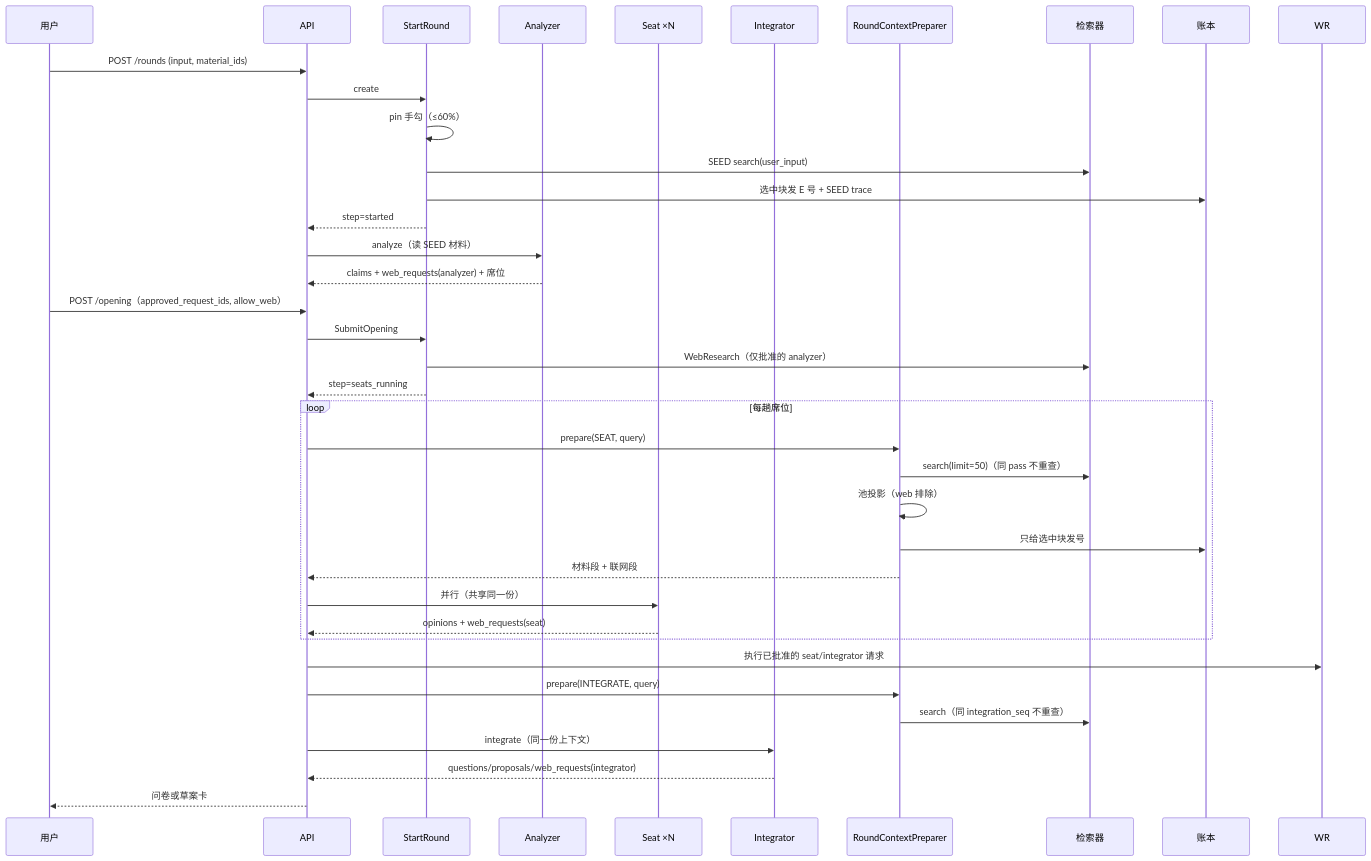
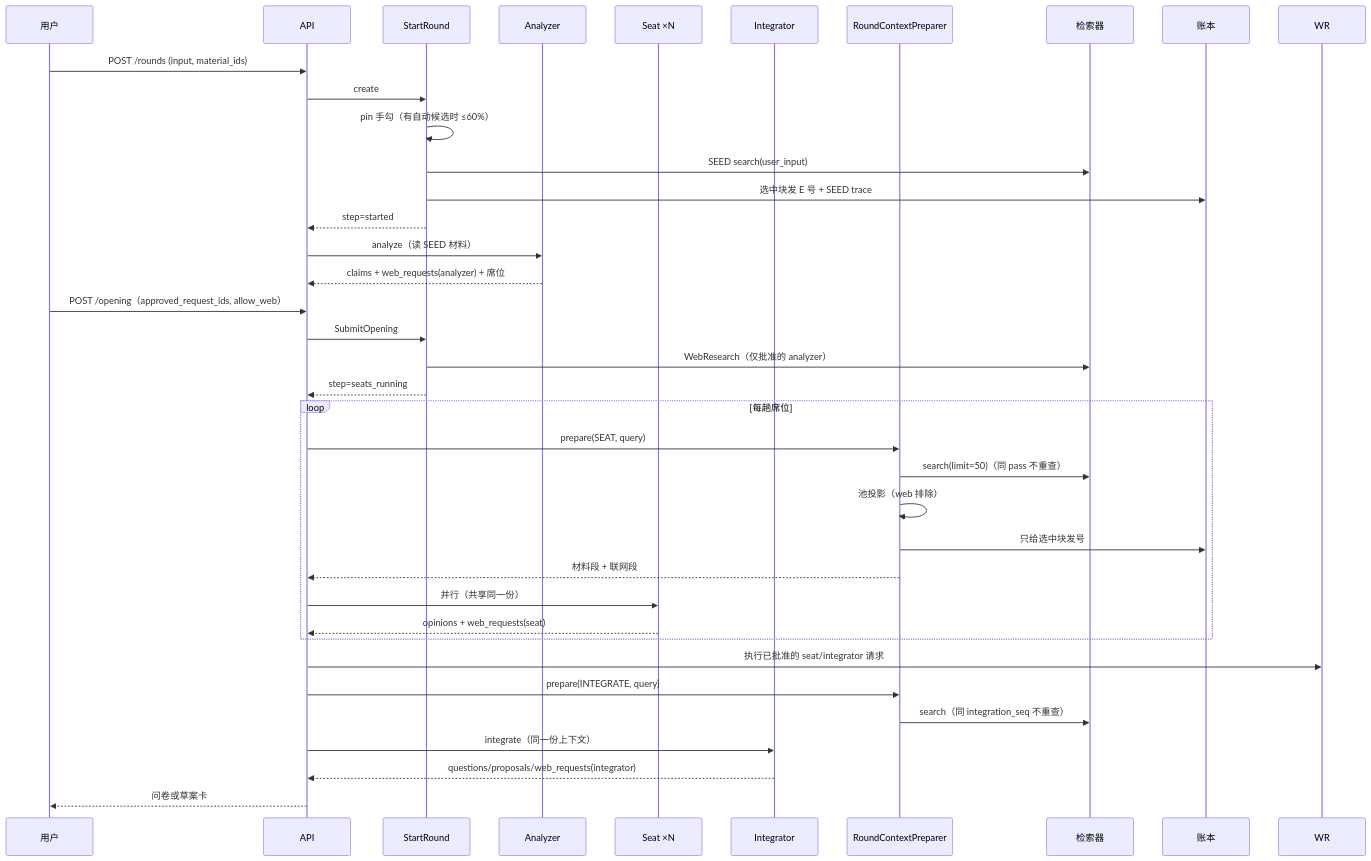
Before and after one commit to linsir2/ai-pm: the second of 3 diagrams in docs/plans/2026-10-24-检索重构-实施计划.md, drawn with Mermaid. The commit also changed other lines of this file and 3 other files, not shown here.

````diff
--- a/docs/plans/2026-10-24-检索重构-实施计划.md
+++ b/docs/plans/2026-10-24-检索重构-实施计划.md
@@ -100,42 +100,42 @@
 ```mermaid
 sequenceDiagram
     participant U as 用户
     participant API
     participant SR as StartRound
     participant A as Analyzer
     participant SE as Seat ×N
     participant I as Integrator
     participant P as RoundContextPreparer
     participant R as 检索器
     participant L as 账本
 
     U->>API: POST /rounds (input, material_ids)
     API->>SR: create
-    SR->>SR: pin 手勾（≤60%）
+    SR->>SR: pin 手勾（有自动候选时 ≤60%）
     SR->>R: SEED search(user_input)
     SR->>L: 选中块发 E 号 + SEED trace
     SR-->>API: step=started
     API->>A: analyze（读 SEED 材料）
     A-->>API: claims + web_requests(analyzer) + 席位
     U->>API: POST /opening（approved_request_ids, allow_web）
     API->>SR: SubmitOpening
     SR->>R: WebResearch（仅批准的 analyzer）
     SR-->>API: step=seats_running
 
     loop 每趟席位
         API->>P: prepare(SEAT, query)
         P->>R: search(limit=50)（同 pass 不重查）
         P->>P: 池投影（web 排除）
         P->>L: 只给选中块发号
         P-->>API: 材料段 + 联网段
         API->>SE: 并行（共享同一份）
         SE-->>API: opinions + web_requests(seat)
     end
 
     API->>WR: 执行已批准的 seat/integrator 请求
     API->>P: prepare(INTEGRATE, query)
     P->>R: search（同 integration_seq 不重查）
     API->>I: integrate（同一份上下文）
     I-->>API: questions/proposals/web_requests(integrator)
     API-->>U: 问卷或草案卡
 ```
````
